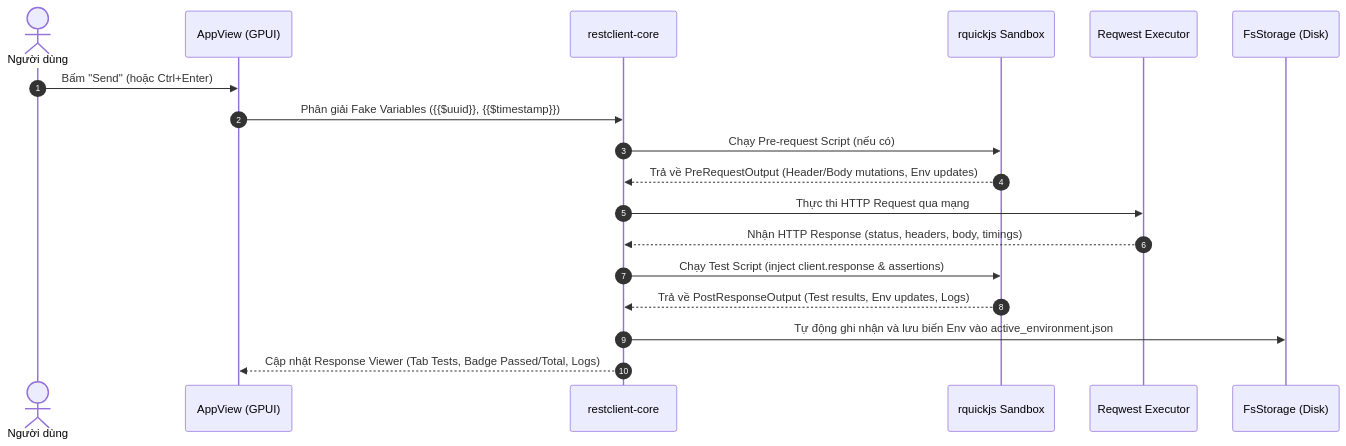
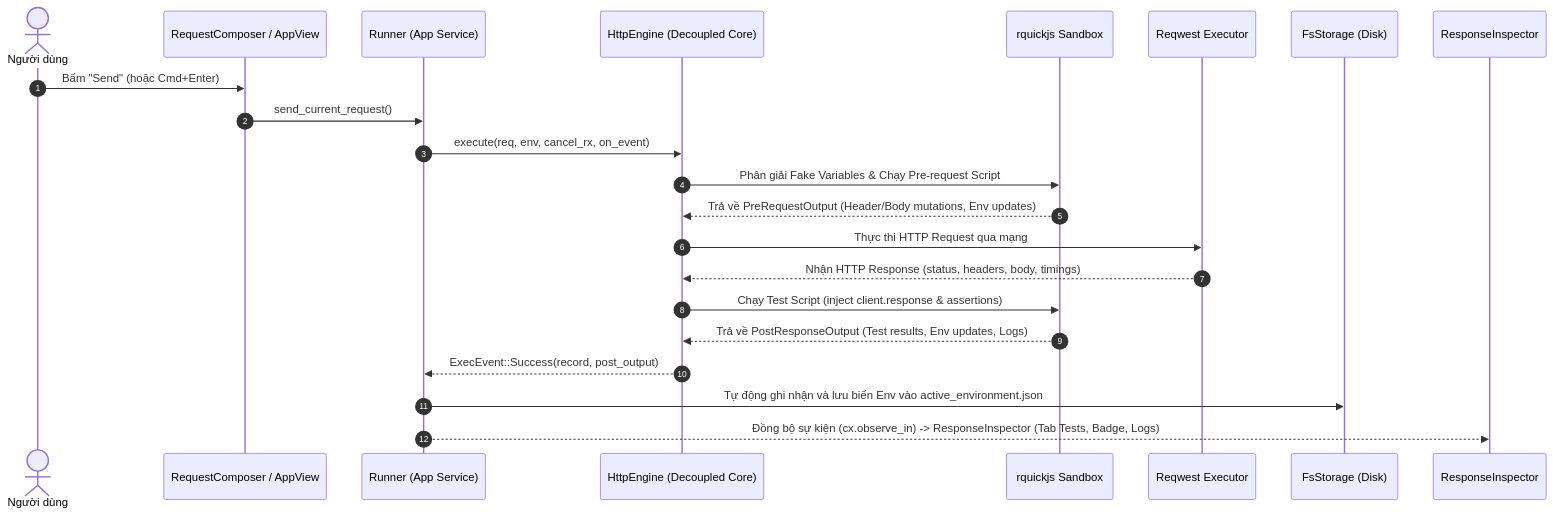
Before and after one commit to dungmv/rest-client: the diagram in docs/specs/09-phase1-implementation-notes.md, drawn with Mermaid. The commit also changed other lines of this file and 6 other files, not shown here.

Commit message:
docs(specs): update specifications and architecture diagrams to reflect SL-001 refactoring

````diff
--- a/docs/specs/09-phase1-implementation-notes.md
+++ b/docs/specs/09-phase1-implementation-notes.md
@@ -88,21 +90,25 @@
 ```mermaid
 sequenceDiagram
     autonumber
     actor User as Người dùng
-    participant UI as AppView (GPUI)
-    participant Core as restclient-core
+    participant UI as RequestComposer / AppView
+    participant Runner as Runner (App Service)
+    participant Engine as HttpEngine (Decoupled Core)
     participant Sandbox as rquickjs Sandbox
     participant Network as Reqwest Executor
     participant FS as FsStorage (Disk)
+    participant Inspector as ResponseInspector
 
-    User->>UI: Bấm "Send" (hoặc Ctrl+Enter)
-    UI->>Core: Phân giải Fake Variables ({{$uuid}}, {{$timestamp}})
-    Core->>Sandbox: Chạy Pre-request Script (nếu có)
-    Sandbox-->>Core: Trả về PreRequestOutput (Header/Body mutations, Env updates)
-    Core->>Network: Thực thi HTTP Request qua mạng
-    Network-->>Core: Nhận HTTP Response (status, headers, body, timings)
-    Core->>Sandbox: Chạy Test Script (inject client.response & assertions)
-    Sandbox-->>Core: Trả về PostResponseOutput (Test results, Env updates, Logs)
-    Core->>FS: Tự động ghi nhận và lưu biến Env vào active_environment.json
-    Core-->>UI: Cập nhật Response Viewer (Tab Tests, Badge Passed/Total, Logs)
+    User->>UI: Bấm "Send" (hoặc Cmd+Enter)
+    UI->>Runner: send_current_request()
+    Runner->>Engine: execute(req, env, cancel_rx, on_event)
+    Engine->>Sandbox: Phân giải Fake Variables & Chạy Pre-request Script
+    Sandbox-->>Engine: Trả về PreRequestOutput (Header/Body mutations, Env updates)
+    Engine->>Network: Thực thi HTTP Request qua mạng
+    Network-->>Engine: Nhận HTTP Response (status, headers, body, timings)
+    Engine->>Sandbox: Chạy Test Script (inject client.response & assertions)
+    Sandbox-->>Engine: Trả về PostResponseOutput (Test results, Env updates, Logs)
+    Engine-->>Runner: ExecEvent::Success(record, post_output)
+    Runner->>FS: Tự động ghi nhận và lưu biến Env vào active_environment.json
+    Runner-->>Inspector: Đồng bộ sự kiện (cx.observe_in) -> ResponseInspector (Tab Tests, Badge, Logs)
 ```
````
